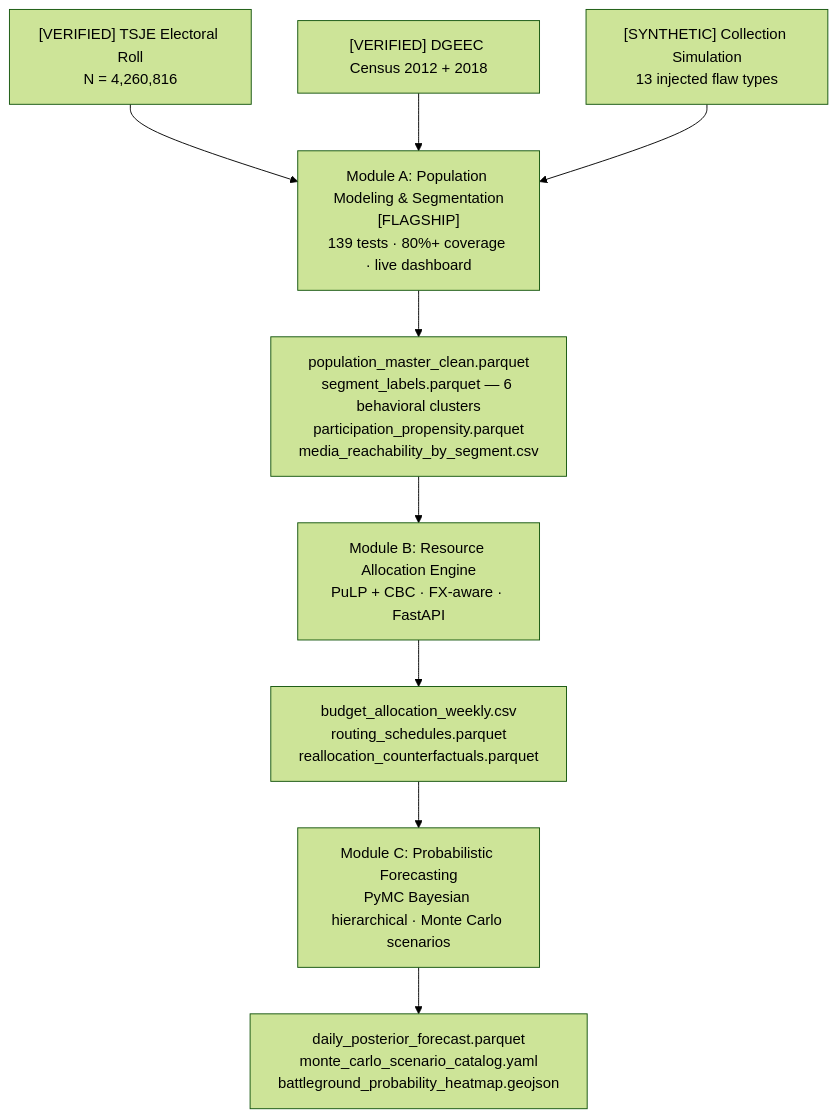
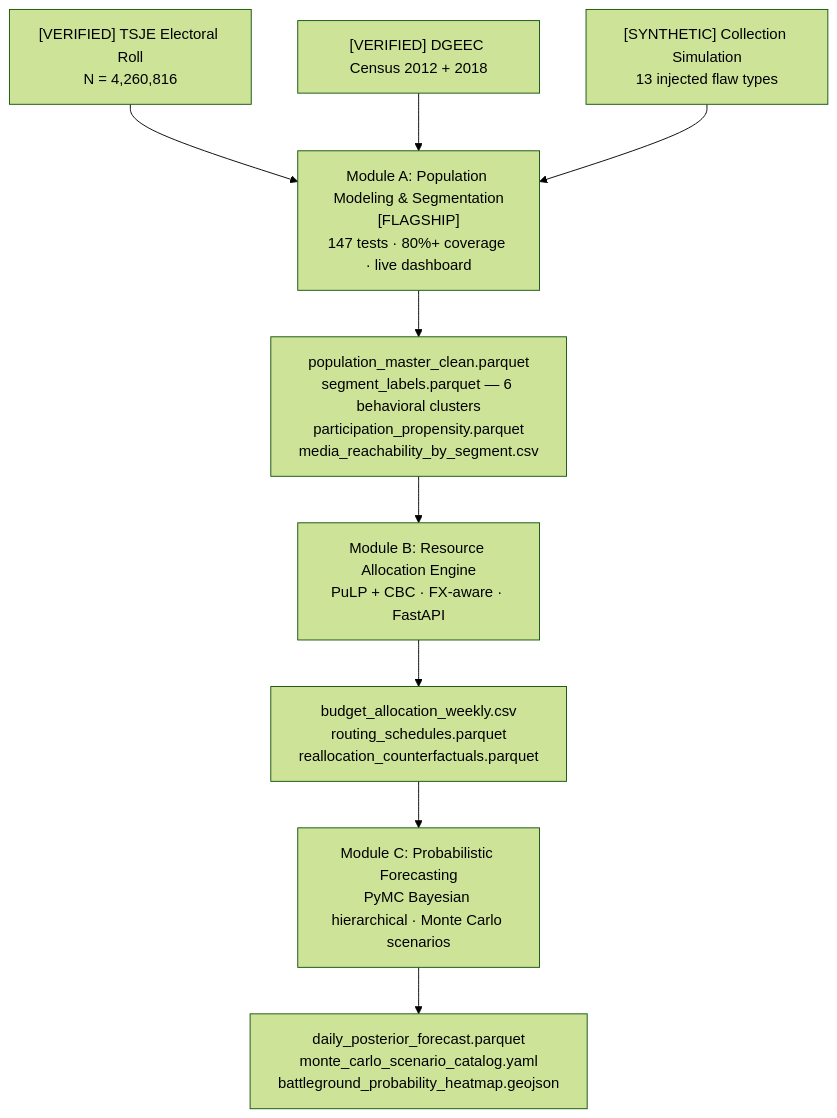
One commit to RafaelBraga-Kribitz/decision-analytics-reconstruction changed the diagram in README.md. Above: the diagram before and after it, drawn with Mermaid (forest theme). The commit also changed other lines of this file and 56 other files, not shown here.

````diff
--- a/README.md
+++ b/README.md
@@ -74,22 +74,22 @@
 ```mermaid
 flowchart TD
     TSJE["[VERIFIED] TSJE Electoral Roll\nN = 4,260,816"]
     DGEEC["[VERIFIED] DGEEC Census 2012 + 2018"]
     SIM["[SYNTHETIC] Collection Simulation\n13 injected flaw types"]
 
     TSJE --> A
     DGEEC --> A
     SIM --> A
 
-    A["Module A: Population Modeling & Segmentation\n[FLAGSHIP]\n139 tests · 80%+ coverage · live dashboard"]
+    A["Module A: Population Modeling & Segmentation\n[FLAGSHIP]\n147 tests · 80%+ coverage · live dashboard"]
 
     A --> AO["population_master_clean.parquet\nsegment_labels.parquet — 6 behavioral clusters\nparticipation_propensity.parquet\nmedia_reachability_by_segment.csv"]
 
     AO --> B["Module B: Resource Allocation Engine\nPuLP + CBC · FX-aware · FastAPI"]
 
     B --> BO["budget_allocation_weekly.csv\nrouting_schedules.parquet\nreallocation_counterfactuals.parquet"]
 
     BO --> C["Module C: Probabilistic Forecasting\nPyMC Bayesian hierarchical · Monte Carlo scenarios"]
 
     C --> CO["daily_posterior_forecast.parquet\nmonte_carlo_scenario_catalog.yaml\nbattleground_probability_heatmap.geojson"]
 ```
````
